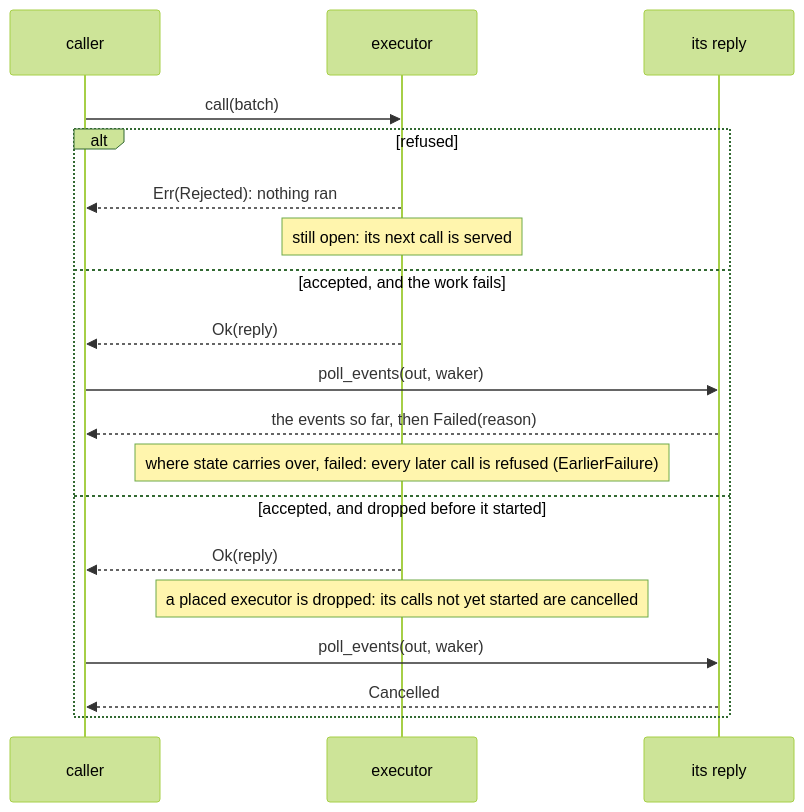
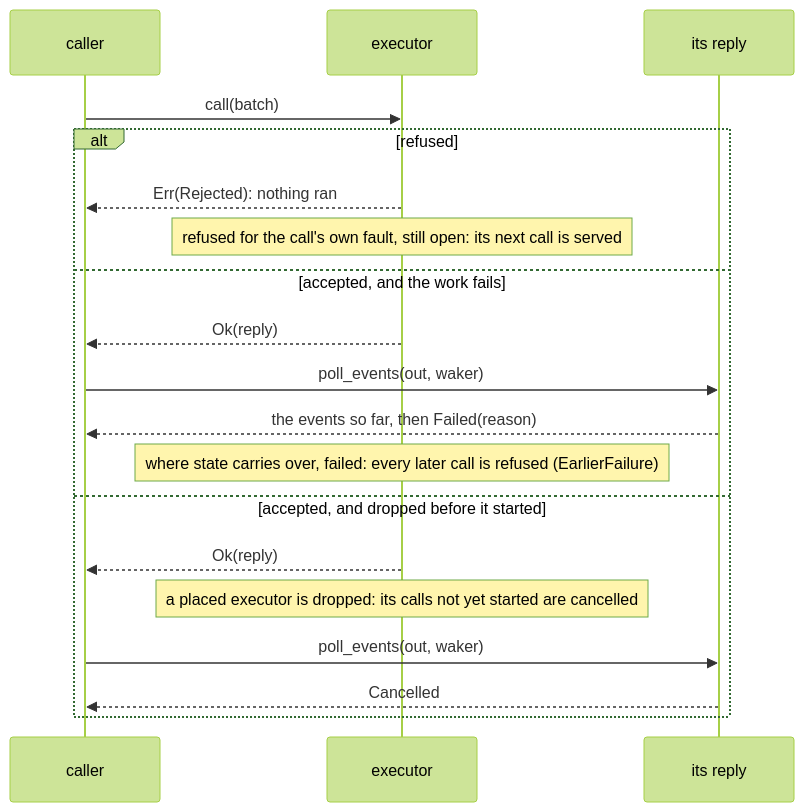
One commit to microsoft/qdk changed the fourth of 6 diagrams in source/executor_protocol/docs/protocol.md. Above: the diagram before and after it, drawn with Mermaid (forest theme). The commit also changed other lines of this file and 15 other files, not shown here.

````diff
--- a/source/executor_protocol/docs/protocol.md
+++ b/source/executor_protocol/docs/protocol.md
@@ -202,21 +212,21 @@
 ```mermaid
 sequenceDiagram
   participant C as caller
   participant E as executor
   participant R as its reply
   C->>E: call(batch)
   alt refused
     E-->>C: Err(Rejected): nothing ran
-    Note over E: still open: its next call is served
+    Note over E: refused for the call's own fault, still open: its next call is served
   else accepted, and the work fails
     E-->>C: Ok(reply)
     C->>R: poll_events(out, waker)
     R-->>C: the events so far, then Failed(reason)
     Note over E: where state carries over, failed: every later call is refused (EarlierFailure)
   else accepted, and dropped before it started
     E-->>C: Ok(reply)
     Note over E: a placed executor is dropped: its calls not yet started are cancelled
     C->>R: poll_events(out, waker)
     R-->>C: Cancelled
   end
 ```
````
